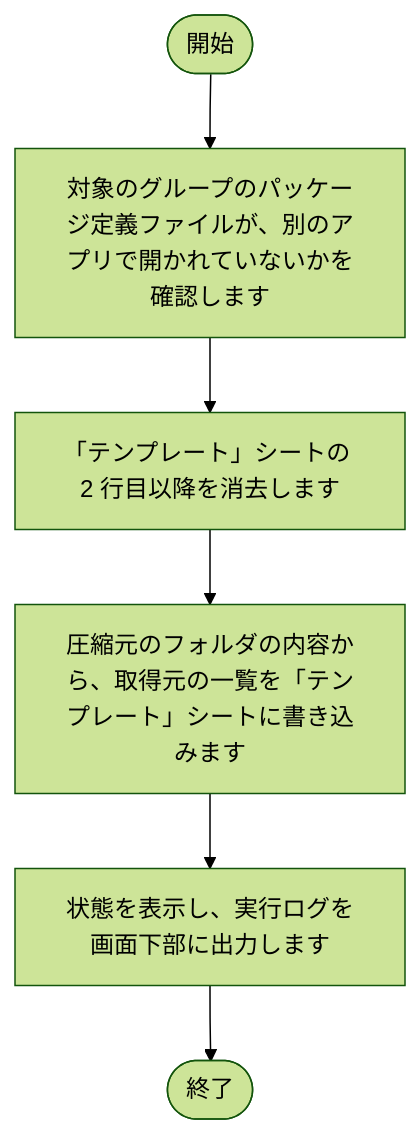
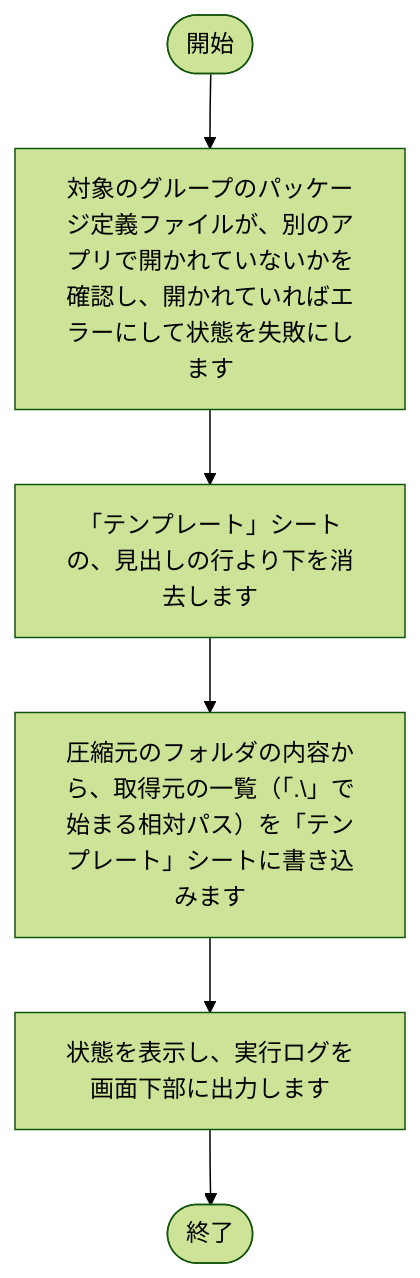
Before and after one commit to nishida2073/project_management: diagram 13 of 13 in tool/package-generator/doc/02_設計/処理フロー.md, drawn with Mermaid (forest theme). The commit also changed other lines of this file and 4 other files, not shown here.

````diff
--- a/tool/package-generator/doc/02_設計/処理フロー.md
+++ b/tool/package-generator/doc/02_設計/処理フロー.md
@@ -388,14 +408,14 @@
 ```mermaid
 flowchart TD
     S(["開始"])
     E(["終了"])
-    N1["対象のグループのパッケージ定義ファイルが、別のアプリで開かれていないかを確認します"]
+    N1["対象のグループのパッケージ定義ファイルが、別のアプリで開かれていないかを確認し、開かれていればエラーにして状態を失敗にします"]
     S --> N1
-    N2["「テンプレート」シートの 2 行目以降を消去します"]
+    N2["「テンプレート」シートの、見出しの行より下を消去します"]
     N1 --> N2
-    N3["圧縮元のフォルダの内容から、取得元の一覧を「テンプレート」シートに書き込みます"]
+    N3["圧縮元のフォルダの内容から、取得元の一覧（「.\」で始まる相対パス）を「テンプレート」シートに書き込みます"]
     N2 --> N3
     N4["状態を表示し、実行ログを画面下部に出力します"]
     N3 --> N4
     N4 --> E
 ```
````
